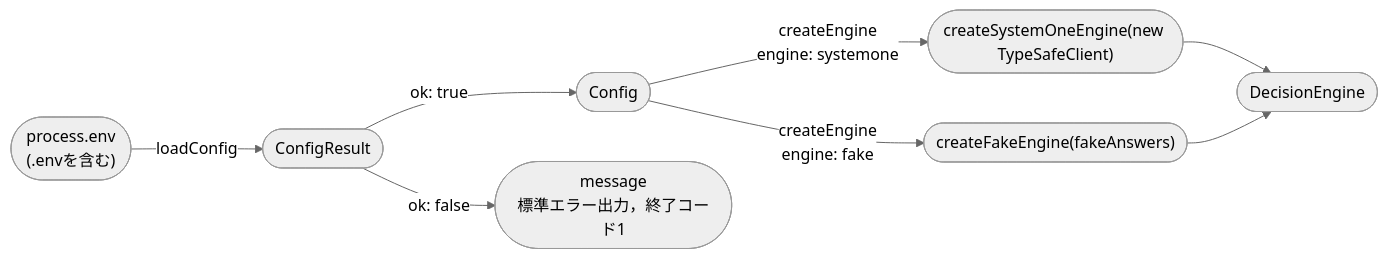
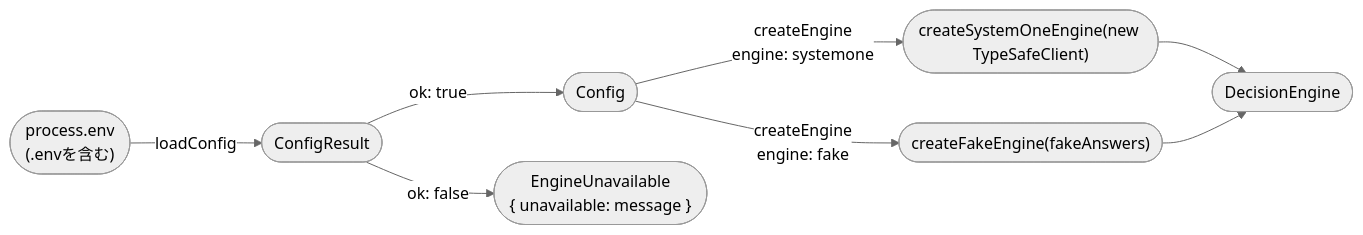
The first of 9 diagrams in iterations/iteration-9/solution/design/04-code.md (enunun/systemone-handson), drawn with Mermaid (neutral theme) before and after one commit. The commit also changed other lines of this file and 55 other files, not shown here.

````diff
--- a/iterations/iteration-9/solution/design/04-code.md
+++ b/iterations/iteration-9/solution/design/04-code.md
@@ -9,10 +9,10 @@
 ```mermaid
 flowchart LR
   env(["process.env<br/>(.envを含む)"]) -- "loadConfig" --> result(["ConfigResult"])
   result -- "ok: true" --> config(["Config"])
-  result -- "ok: false" --> message(["message<br/>標準エラー出力，終了コード1"])
+  result -- "ok: false" --> unavailable(["EngineUnavailable<br/>{ unavailable: message }"])
   config -- "createEngine<br/>engine: systemone" --> systemone(["createSystemOneEngine(new TypeSafeClient)"])
   config -- "createEngine<br/>engine: fake" --> fake(["createFakeEngine(fakeAnswers)"])
   systemone --> engine(["DecisionEngine"])
   fake --> engine
 ```
````
